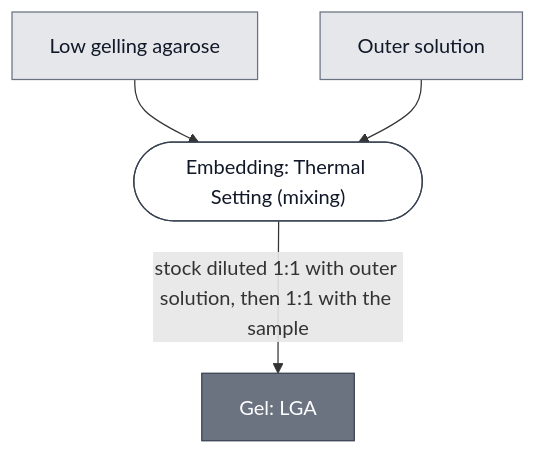
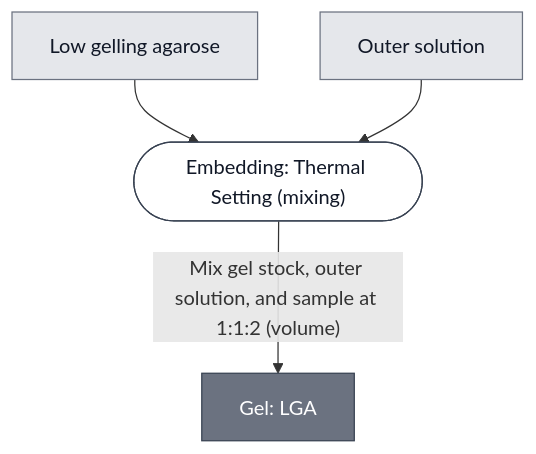
One commit to nucleus-eng/nucleus-docs changed the diagram in docs/modules/gel-lga/spec.md. Above: the diagram before and after it, drawn with Mermaid. The commit also changed other lines of this file and 4 other files, not shown here.

````diff
--- a/docs/modules/gel-lga/spec.md
+++ b/docs/modules/gel-lga/spec.md
@@ -25,23 +25,23 @@
 ```mermaid
 flowchart TD
     LGA_POWDER["Low gelling agarose"]
     OUTER_SOLUTION["Outer solution"]
 
     P1_SET_THERMAL_0(["Embedding: Thermal Setting (mixing)"])
     GEL_LGA["Gel: LGA"]
 
     LGA_POWDER --> P1_SET_THERMAL_0
     OUTER_SOLUTION --> P1_SET_THERMAL_0
-    P1_SET_THERMAL_0 -->|"stock diluted 1:1 with outer solution, then 1:1 with the sample"| GEL_LGA
+    P1_SET_THERMAL_0 -->|"Mix gel stock, outer solution, and sample at 1:1:2 (volume)"| GEL_LGA
 
 
     classDef leaf     fill:#e5e7eb,stroke:#6b7280,color:#111827;
     classDef composed fill:#6b7280,stroke:#374151,color:#ffffff;
     classDef process  fill:#ffffff,stroke:#374151,color:#111827;
     class LGA_POWDER,OUTER_SOLUTION leaf;
     class GEL_LGA composed;
     class P1_SET_THERMAL_0 process;
 
     click P1_SET_THERMAL_0 "/docs/processes/embed-thermal-setting/main"
     click GEL_LGA "/docs/modules/gel-lga/spec"
 ```
````
